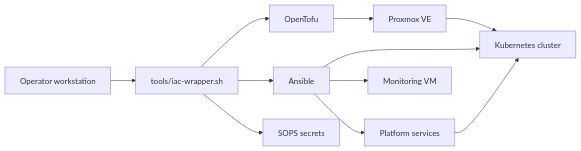
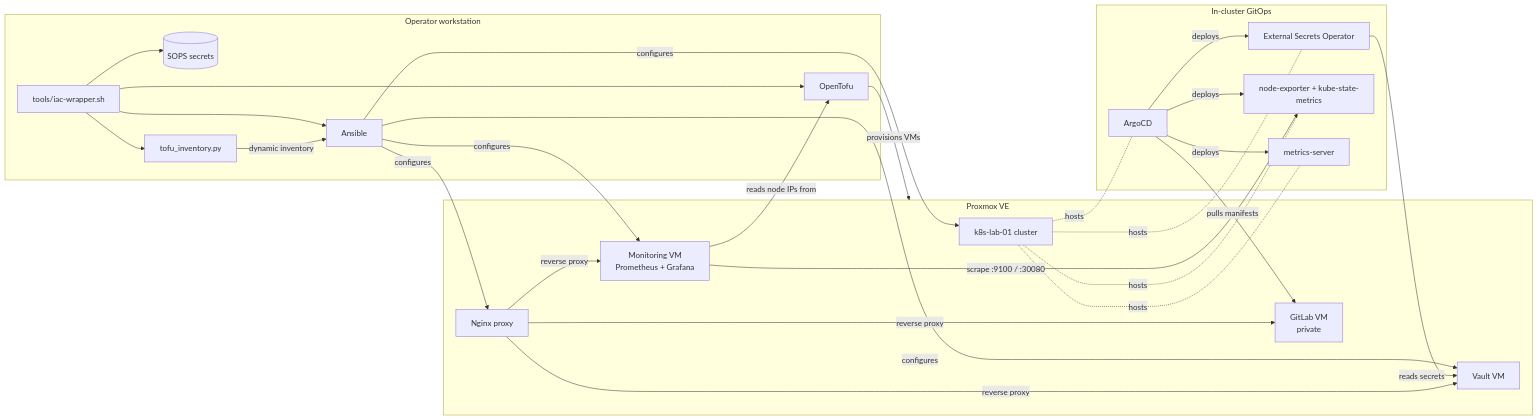
Before and after one commit to abevz/platform-iac: the diagram in README.md, drawn with Mermaid. The commit also changed other lines of this file, not shown here.

Commit message:
docs: refresh Architecture diagram with ArgoCD, ESO, GitLab and k8s monitoring (#27)
The previous diagram stopped at "Ansible configures everything". Update it
to show the runtime topology that is actually in place: ArgoCD pulling from
private GitLab, ESO reading Vault, metrics-server + node-exporter +
kube-state-metrics deployed via ArgoCD, central Prometheus scraping them
from the monitoring VM, and Nginx reverse-proxying VM-hosted services.

Also flip a few rows in the status table from Documented to Implemented.

````diff
--- a/README.md
+++ b/README.md
@@ -42,23 +42,53 @@
 ```mermaid
 flowchart LR
-  operator[Operator workstation]
-  wrapper[tools/iac-wrapper.sh]
-  tofu[OpenTofu]
-  ansible[Ansible]
-  sops[SOPS secrets]
-  proxmox[Proxmox VE]
-  k8s[Kubernetes cluster]
-  services[Platform services]
-  monitoring[Monitoring VM]
+  subgraph workstation[Operator workstation]
+    wrapper[tools/iac-wrapper.sh]
+    sops[(SOPS secrets)]
+    tofu[OpenTofu]
+    ansible[Ansible]
+    inv[tofu_inventory.py]
+  end
 
-  operator --> wrapper
+  subgraph proxmox[Proxmox VE]
+    k8s[k8s-lab-01 cluster]
+    vault[Vault VM]
+    monitoring[Monitoring VM<br/>Prometheus + Grafana]
+    gitlab[GitLab VM<br/>private]
+    nginx[Nginx proxy]
+  end
+
+  subgraph gitops[In-cluster GitOps]
+    argocd[ArgoCD]
+    eso[External Secrets Operator]
+    exporters[node-exporter + kube-state-metrics]
+    metrics[metrics-server]
+  end
+
   wrapper --> sops
   wrapper --> tofu
   wrapper --> ansible
-  tofu --> proxmox
-  proxmox --> k8s
-  ansible --> k8s
-  ansible --> services
-  ansible --> monitoring
-  services --> k8s
+  wrapper --> inv
+  tofu -- provisions VMs --> proxmox
+  inv -- dynamic inventory --> ansible
+  ansible -- configures --> k8s
+  ansible -- configures --> vault
+  ansible -- configures --> monitoring
+  ansible -- configures --> nginx
+
+  argocd -- pulls manifests --> gitlab
+  argocd -- deploys --> eso
+  argocd -- deploys --> exporters
+  argocd -- deploys --> metrics
+  eso -- reads secrets --> vault
+
+  monitoring -- scrape :9100 / :30080 --> exporters
+  monitoring -- reads node IPs from --> tofu
+  nginx -- reverse proxy --> vault
+  nginx -- reverse proxy --> gitlab
+  nginx -- reverse proxy --> monitoring
+
+  k8s -. hosts .- argocd
+  k8s -. hosts .- eso
+  k8s -. hosts .- exporters
+  k8s -. hosts .- metrics
 ```
````
